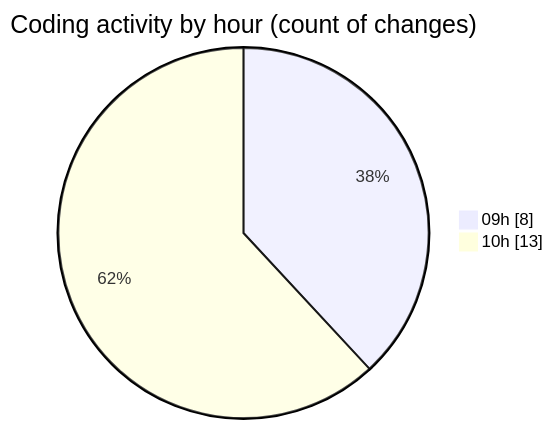
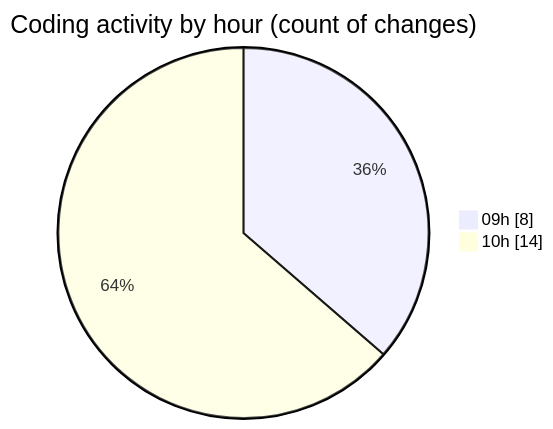
One commit to momahboobian/code-tracking changed the second of 2 diagrams in 2025-09-01/cda/README.md. Above: the diagram before and after it, drawn with Mermaid. The commit also changed other lines of this file and 1 other file, not shown here.

````diff
--- a/2025-09-01/cda/README.md
+++ b/2025-09-01/cda/README.md
@@ -35,6 +35,6 @@
 ```mermaid
 pie showData
 title Coding activity by hour (count of changes)
 "09h" : 8
-"10h" : 13
+"10h" : 14
 ```
````
